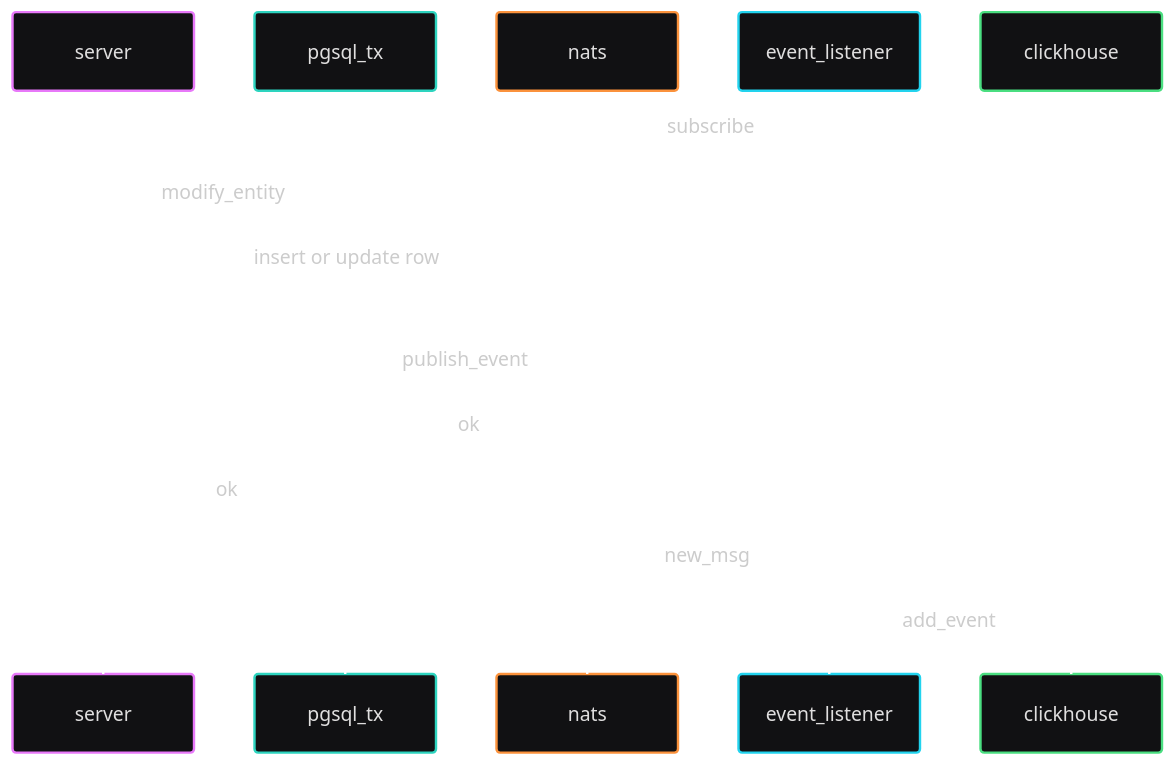
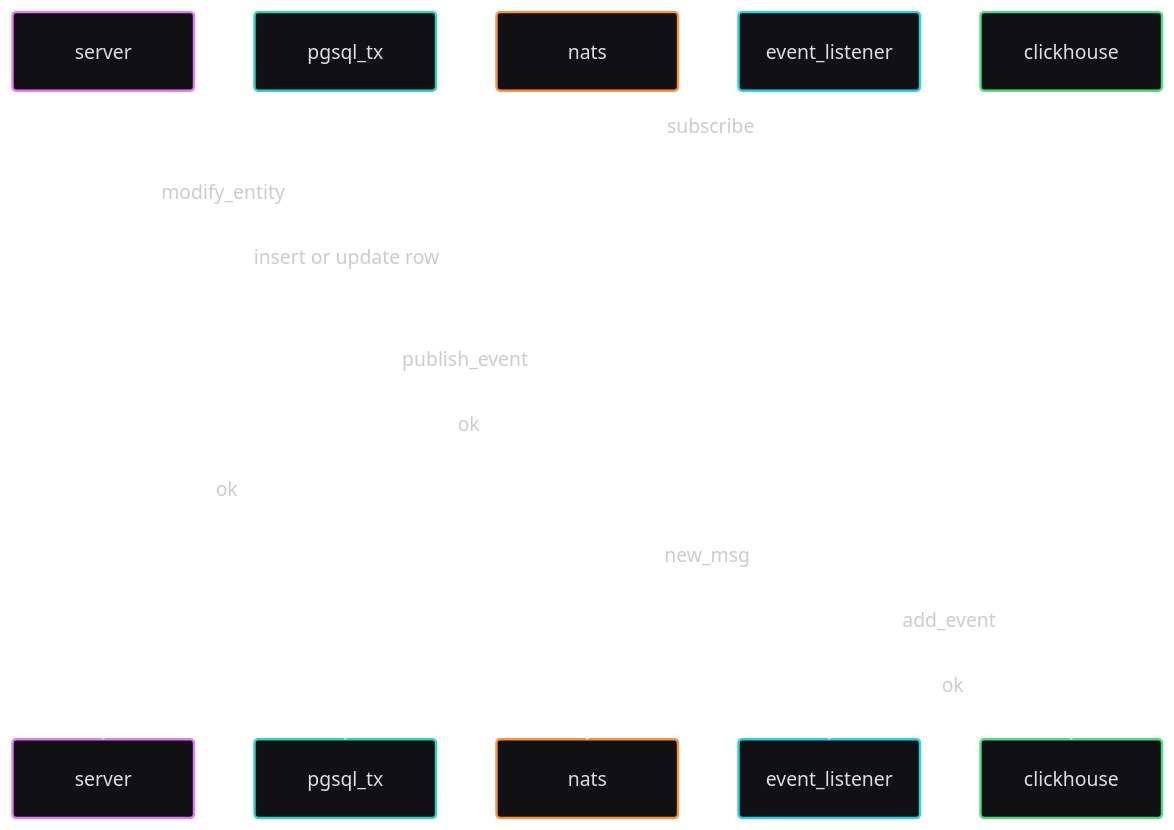
The diagram in README.md (dsaime/goods-and-projects), drawn with Mermaid before and after one commit. The commit also changed 1 other file, not shown here.

Commit message:
удалить лишний скрипт init, обновить схему

````diff
--- a/README.md
+++ b/README.md
@@ -5,21 +5,23 @@
 ```mermaid
 ---
 config:
   look: classic
   theme: redux-dark-color
 ---
 sequenceDiagram
     participant server as server
     participant pgsql_tx as pgsql_tx
     participant P1 as nats
     participant P2 as event_listener
     participant P3 as clickhouse
     P2 ->> P1: subscribe
     server ->> pgsql_tx: modify_entity
     pgsql_tx ->> pgsql_tx: insert or update row
     pgsql_tx ->> P1: publish_event
     P1 -->> pgsql_tx: ok
     pgsql_tx -->> server: ok
     P1 -->> P2: new_msg
     P2 ->> P3: add_event
+    P3 -->> P2: ok
+
 ```
````
